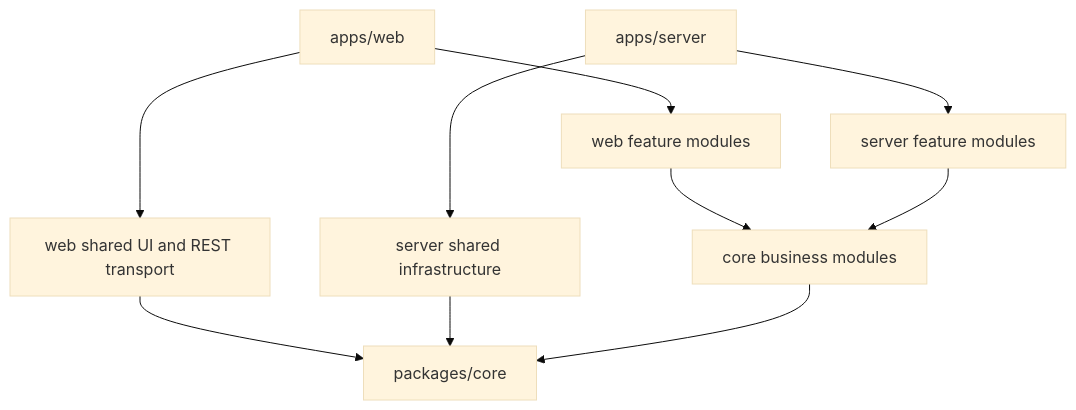
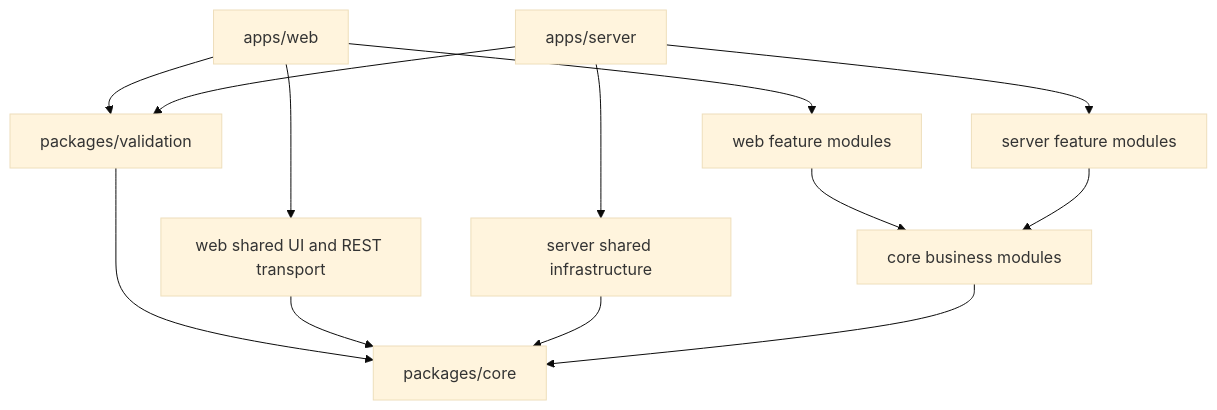
Before and after one commit to rafinel/scoops: the second of 4 diagrams in documentation/architecture.md, drawn with Mermaid (base theme). The commit also changed other lines of this file and 130 other files, not shown here.

````diff
--- a/documentation/architecture.md
+++ b/documentation/architecture.md
@@ -132,21 +137,25 @@
 ```mermaid
 flowchart TB
   web["apps/web"]
   server["apps/server"]
   core["packages/core"]
+  validation["packages/validation"]
   webShared["web shared UI and REST transport"]
   serverShared["server shared infrastructure"]
   webFeature["web feature modules"]
   serverFeature["server feature modules"]
   coreFeature["core business modules"]
 
   web --> webShared
   web --> webFeature
   server --> serverShared
   server --> serverFeature
   webFeature --> coreFeature
   serverFeature --> coreFeature
+  web --> validation
+  server --> validation
+  validation --> core
   webShared --> core
   serverShared --> core
   coreFeature --> core
 ```
````
